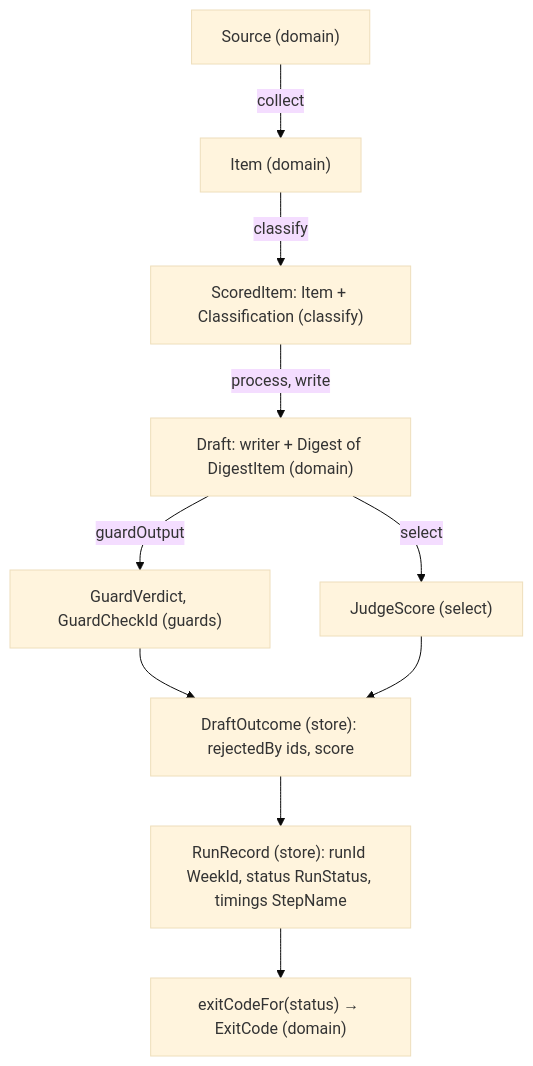
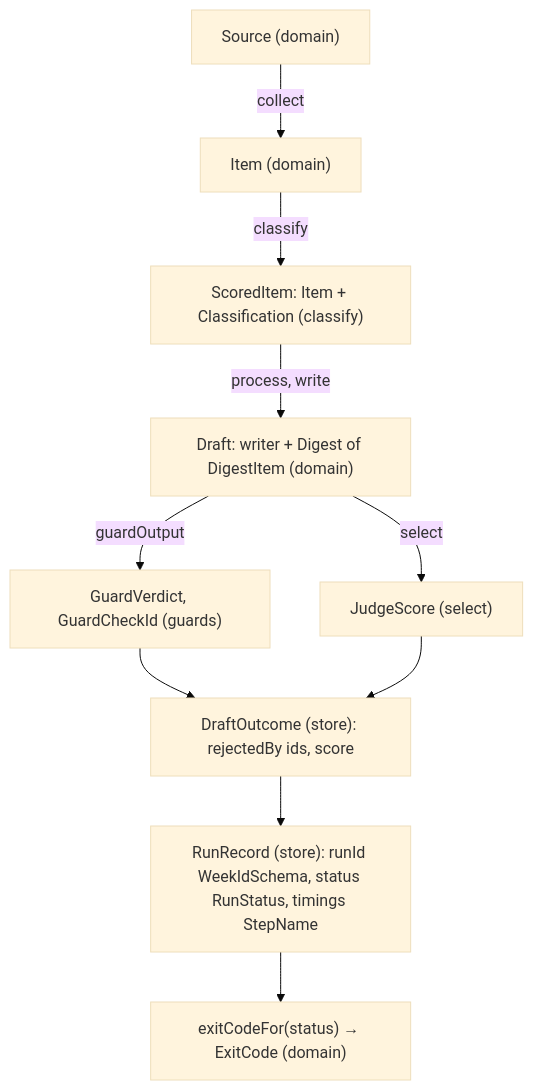
The second of 2 diagrams in src/domain/CLAUDE.md (odere-pro/weekly-engineering-digest-agent), drawn with Mermaid (base theme) before and after one commit. The commit also changed other lines of this file and 119 other files, not shown here.

````diff
--- a/src/domain/CLAUDE.md
+++ b/src/domain/CLAUDE.md
@@ -22,12 +22,12 @@
 ```mermaid
 flowchart TD
   source["Source (domain)"] -->|"collect"| item["Item (domain)"]
   item -->|"classify"| scored["ScoredItem: Item + Classification (classify)"]
   scored -->|"process, write"| draft["Draft: writer + Digest of DigestItem (domain)"]
   draft -->|"guardOutput"| verdict["GuardVerdict, GuardCheckId (guards)"]
   draft -->|"select"| score["JudgeScore (select)"]
   verdict --> outcome["DraftOutcome (store): rejectedBy ids, score"]
   score --> outcome
-  outcome --> record["RunRecord (store): runId WeekId, status RunStatus, timings StepName"]
+  outcome --> record["RunRecord (store): runId WeekIdSchema, status RunStatus, timings StepName"]
   record --> exit["exitCodeFor(status) → ExitCode (domain)"]
 ```
````
